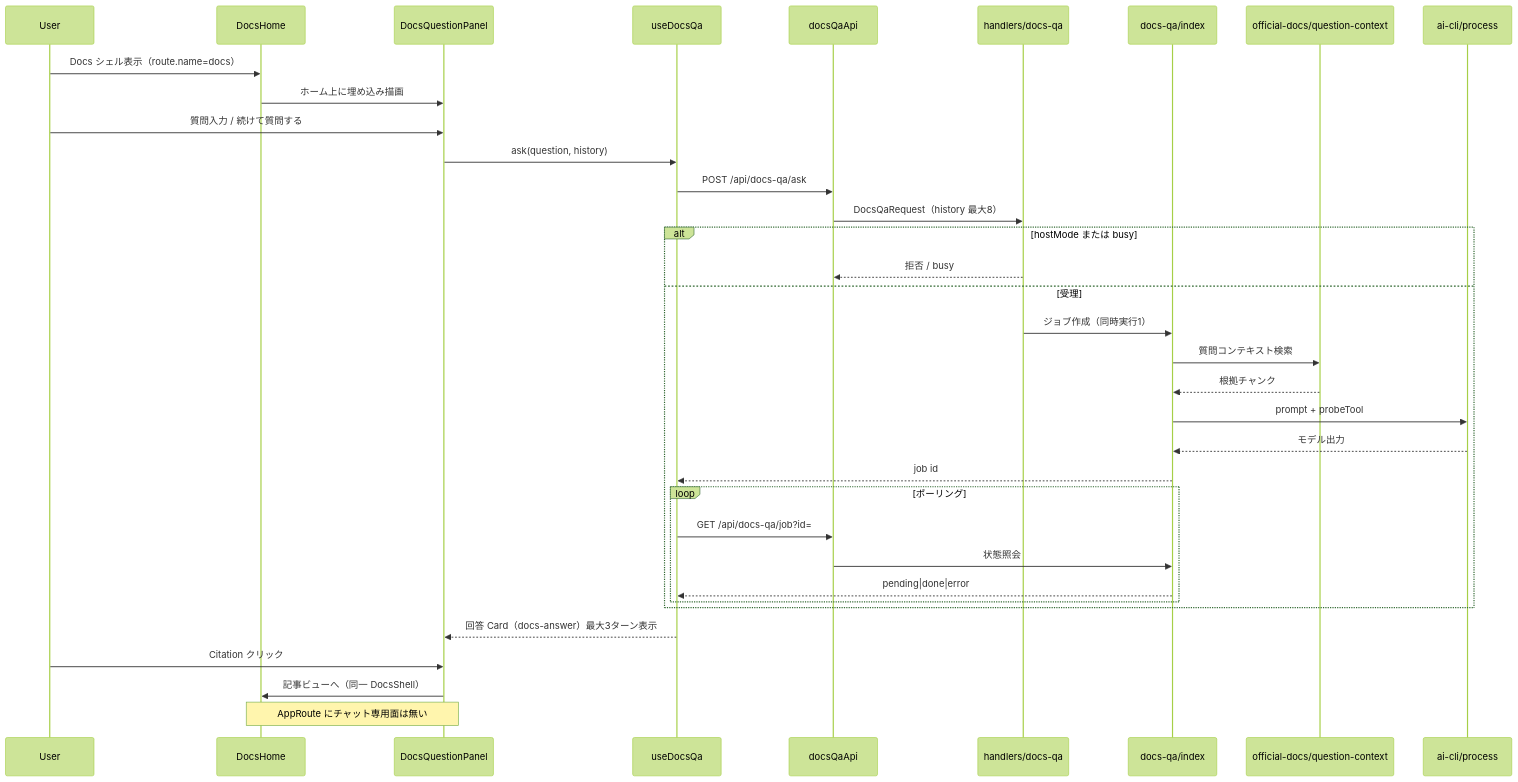
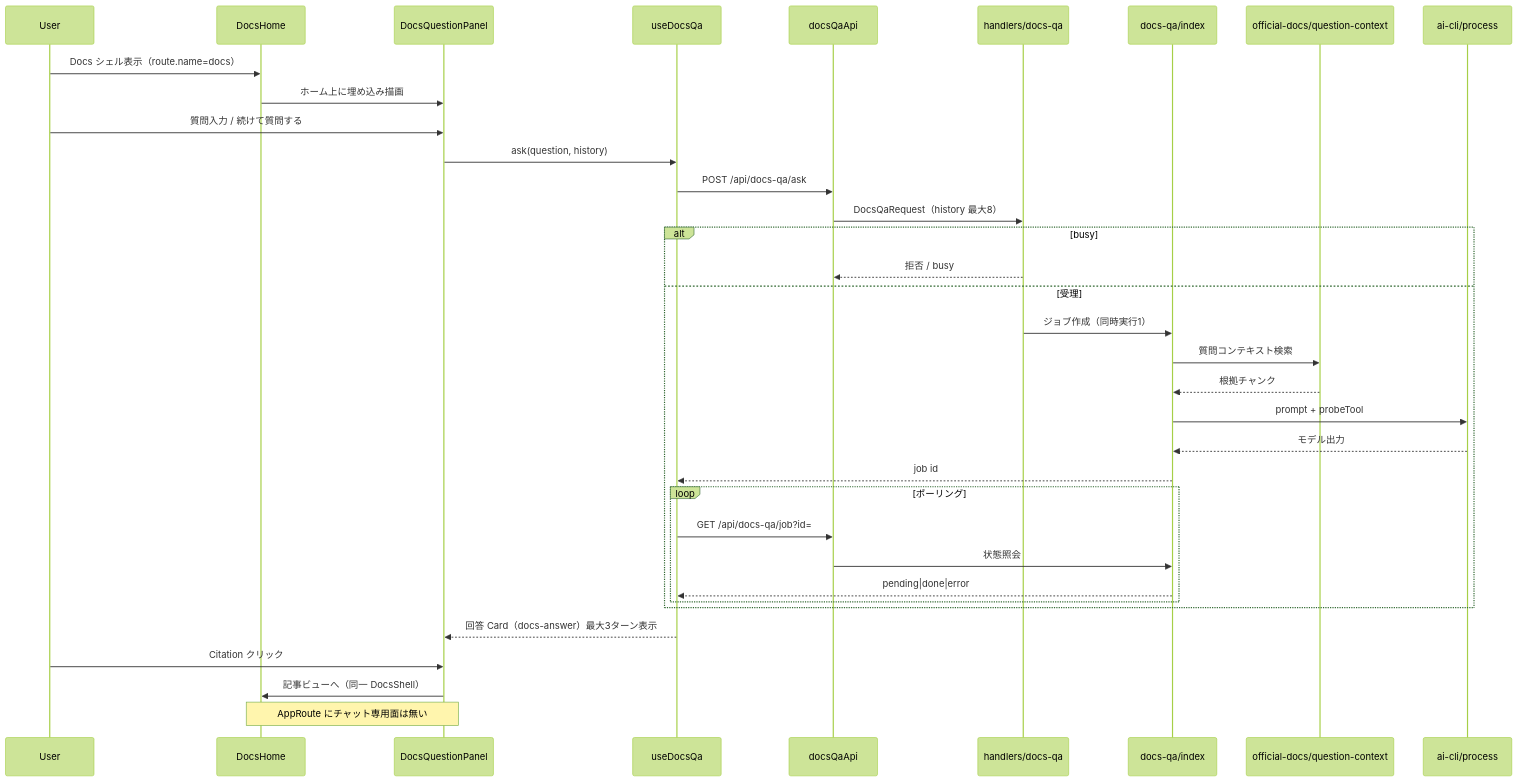
The second of 2 diagrams in aidlc/spaces/default/codekb/aidlc-guide/architecture.md (otomatty/aidlc-guide), drawn with Mermaid (forest theme) before and after one commit. The commit also changed other lines of this file and 126 other files, not shown here.

````diff
--- a/aidlc/spaces/default/codekb/aidlc-guide/architecture.md
+++ b/aidlc/spaces/default/codekb/aidlc-guide/architecture.md
@@ -86,38 +86,38 @@
 ```mermaid
 sequenceDiagram
   participant User
   participant Home as DocsHome
   participant Panel as DocsQuestionPanel
   participant Hook as useDocsQa
   participant Client as docsQaApi
   participant HAsk as handlers/docs-qa
   participant Jobs as docs-qa/index
   participant Ctx as official-docs/question-context
   participant CLI as ai-cli/process
 
   User->>Home: Docs シェル表示（route.name=docs）
   Home->>Panel: ホーム上に埋め込み描画
   User->>Panel: 質問入力 / 続けて質問する
   Panel->>Hook: ask(question, history)
   Hook->>Client: POST /api/docs-qa/ask
   Client->>HAsk: DocsQaRequest（history 最大8）
-  alt hostMode または busy
+  alt busy
     HAsk-->>Client: 拒否 / busy
   else 受理
     HAsk->>Jobs: ジョブ作成（同時実行1）
     Jobs->>Ctx: 質問コンテキスト検索
     Ctx-->>Jobs: 根拠チャンク
     Jobs->>CLI: prompt + probeTool
     CLI-->>Jobs: モデル出力
     Jobs-->>Hook: job id
     loop ポーリング
       Hook->>Client: GET /api/docs-qa/job?id=
       Client->>Jobs: 状態照会
       Jobs-->>Hook: pending|done|error
     end
   end
   Hook-->>Panel: 回答 Card（docs-answer）最大3ターン表示
   User->>Panel: Citation クリック
   Panel->>Home: 記事ビューへ（同一 DocsShell）
   Note over Home,Panel: AppRoute にチャット専用面は無い
 ```
````
